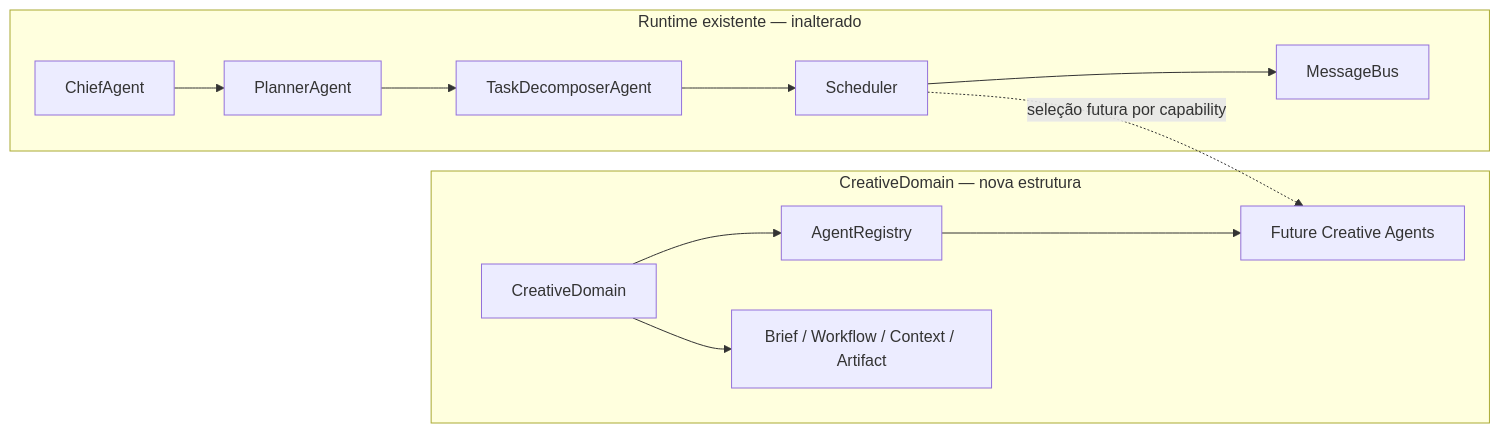
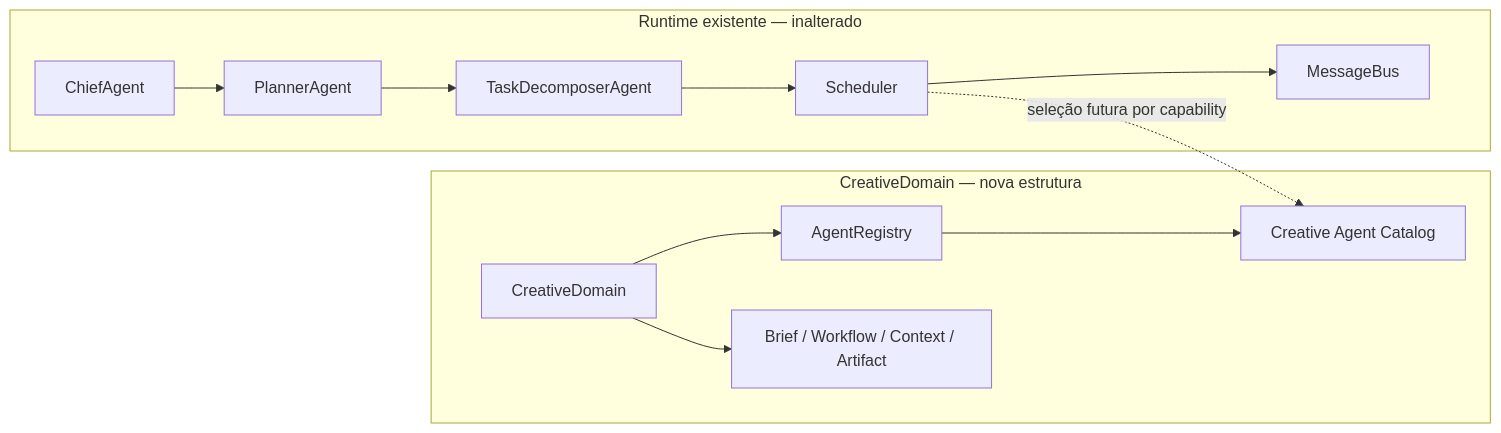
Before and after one commit to eltonjr13/kaoz.1: the second of 3 diagrams in docs/CREATIVE_DOMAIN.md, drawn with Mermaid. The commit also changed other lines of this file and 2 other files, not shown here.

Commit message:
CreativeDomain architecture and update AgentRegistry with domain management capabilities

````diff
--- a/docs/CREATIVE_DOMAIN.md
+++ b/docs/CREATIVE_DOMAIN.md
@@ -39,21 +44,21 @@
 ```mermaid
 flowchart LR
     subgraph Runtime["Runtime existente — inalterado"]
         CH["ChiefAgent"] --> PL["PlannerAgent"]
         PL --> TD["TaskDecomposerAgent"]
         TD --> SC["Scheduler"]
         SC --> MB["MessageBus"]
     end
 
     subgraph Creative["CreativeDomain — nova estrutura"]
         REG["AgentRegistry"]
         DOM["CreativeDomain"]
-        FUT["Future Creative Agents"]
+        FUT["Creative Agent Catalog"]
         VAL["Brief / Workflow / Context / Artifact"]
         DOM --> REG
         REG --> FUT
         DOM --> VAL
     end
 
     SC -. "seleção futura por capability" .-> FUT
 ```
````
